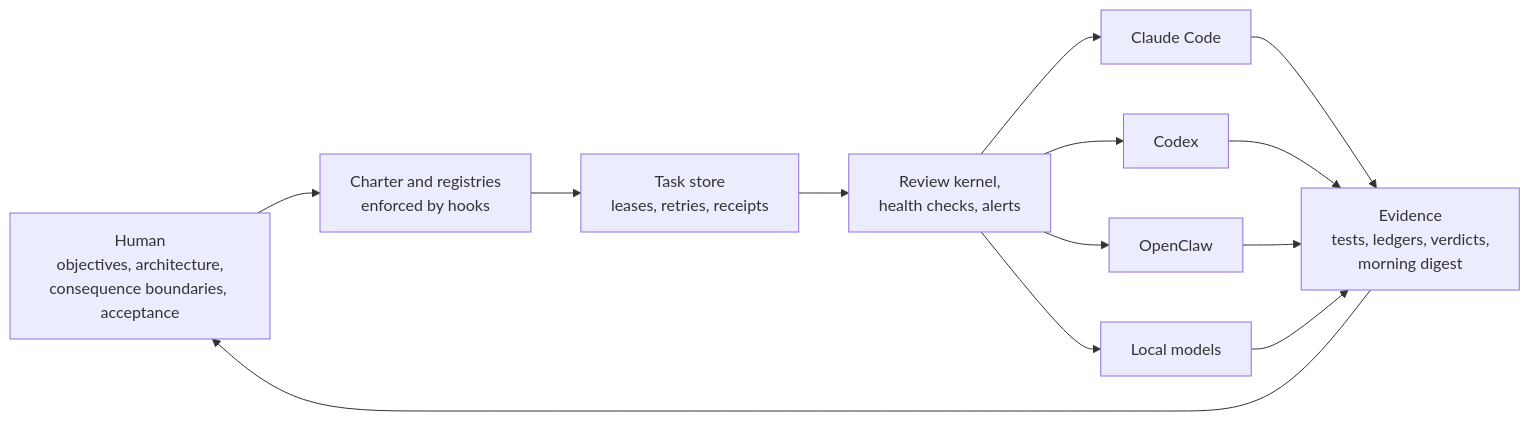
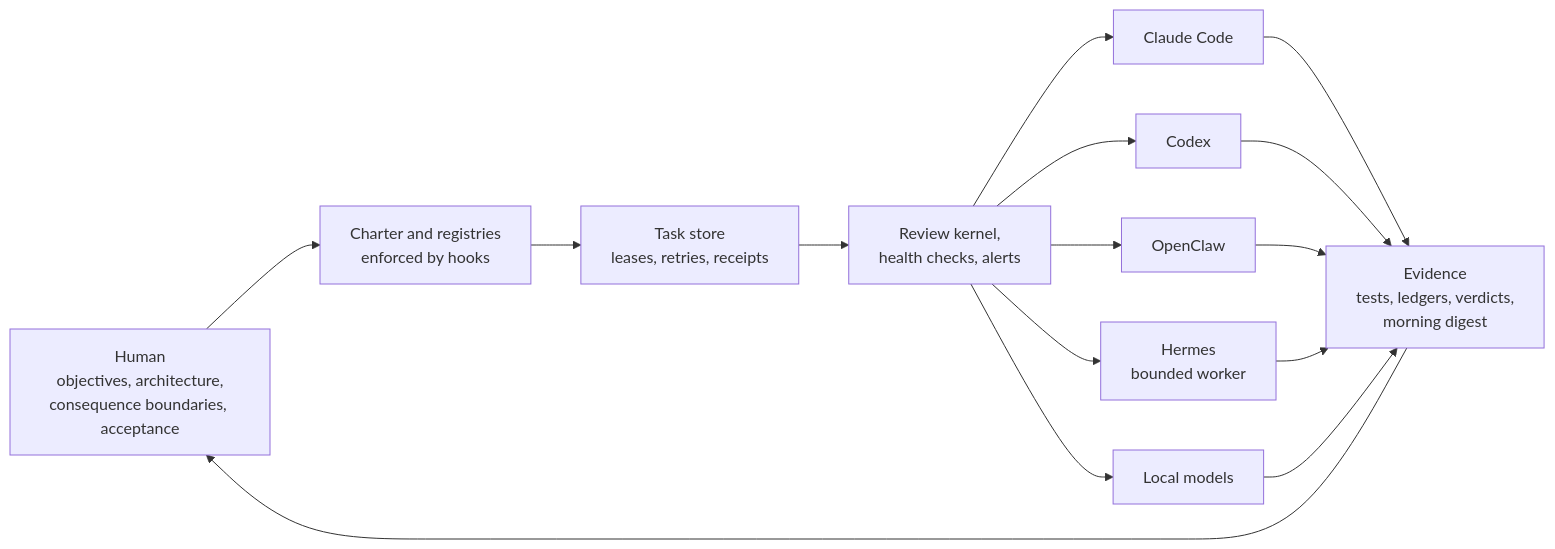
One commit to justinzealand/executive-ai-portfolio changed the diagram in diagrams/00-operating-model-overview.mmd. Above: the diagram before and after it, drawn with Mermaid. The commit also changed 1 other file, not shown here.

Commit message:
README: name Hermes consistently, drop repository count

```diff
--- a/diagrams/00-operating-model-overview.mmd
+++ b/diagrams/00-operating-model-overview.mmd
@@ -1,13 +1,15 @@
 flowchart LR
   H["Human<br/>objectives, architecture,<br/>consequence boundaries, acceptance"] --> R
   R["Charter and registries<br/>enforced by hooks"] --> Q["Task store<br/>leases, retries, receipts"]
   Q --> V["Review kernel,<br/>health checks, alerts"]
   V --> A1["Claude Code"]
   V --> A2["Codex"]
   V --> A3["OpenClaw"]
-  V --> A4["Local models"]
+  V --> A4["Hermes<br/>bounded worker"]
+  V --> A5["Local models"]
   A1 --> E
   A2 --> E
   A3 --> E
-  A4 --> E["Evidence<br/>tests, ledgers, verdicts,<br/>morning digest"]
+  A4 --> E
+  A5 --> E["Evidence<br/>tests, ledgers, verdicts,<br/>morning digest"]
   E --> H
```
